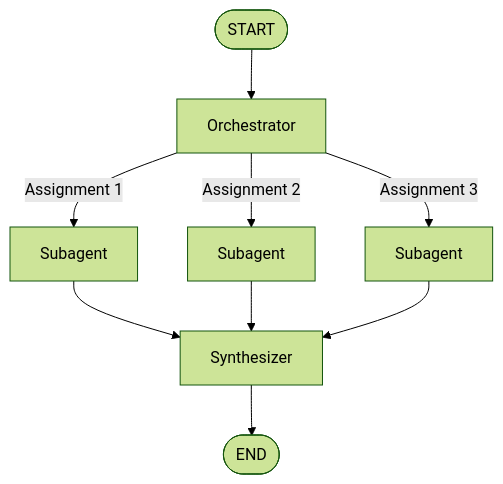
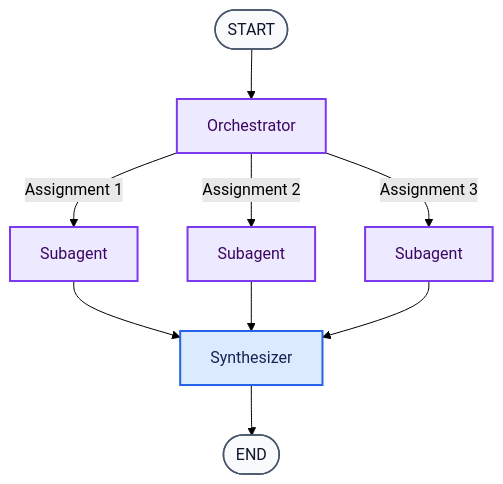
The fifth of 20 diagrams in docs/ARCHITECTURE.md (anne500/multi-agent-study-guide), drawn with Mermaid (forest theme) before and after one commit. The commit also changed other lines of this file and 7 other files, not shown here.

Commit message:
Add visual learning map and color-coded architecture documentation

````diff
--- a/docs/ARCHITECTURE.md
+++ b/docs/ARCHITECTURE.md
@@ -90,11 +123,17 @@
 ```mermaid
 flowchart TD
     A([START]) --> B[Orchestrator]
     B -->|Assignment 1| C[Subagent]
     B -->|Assignment 2| D[Subagent]
     B -->|Assignment 3| E[Subagent]
     C --> F[Synthesizer]
     D --> F
     E --> F
     F --> G([END])
+
+    classDef default fill:#F8FAFC,stroke:#475569,color:#0F172A,stroke-width:1.5px;
+    classDef model fill:#EDE9FE,stroke:#7C3AED,color:#3B0764,stroke-width:2px;
+    class B,C,D,E model;
+    classDef logic fill:#DBEAFE,stroke:#2563EB,color:#172554,stroke-width:2px;
+    class F logic;
 ```
````
